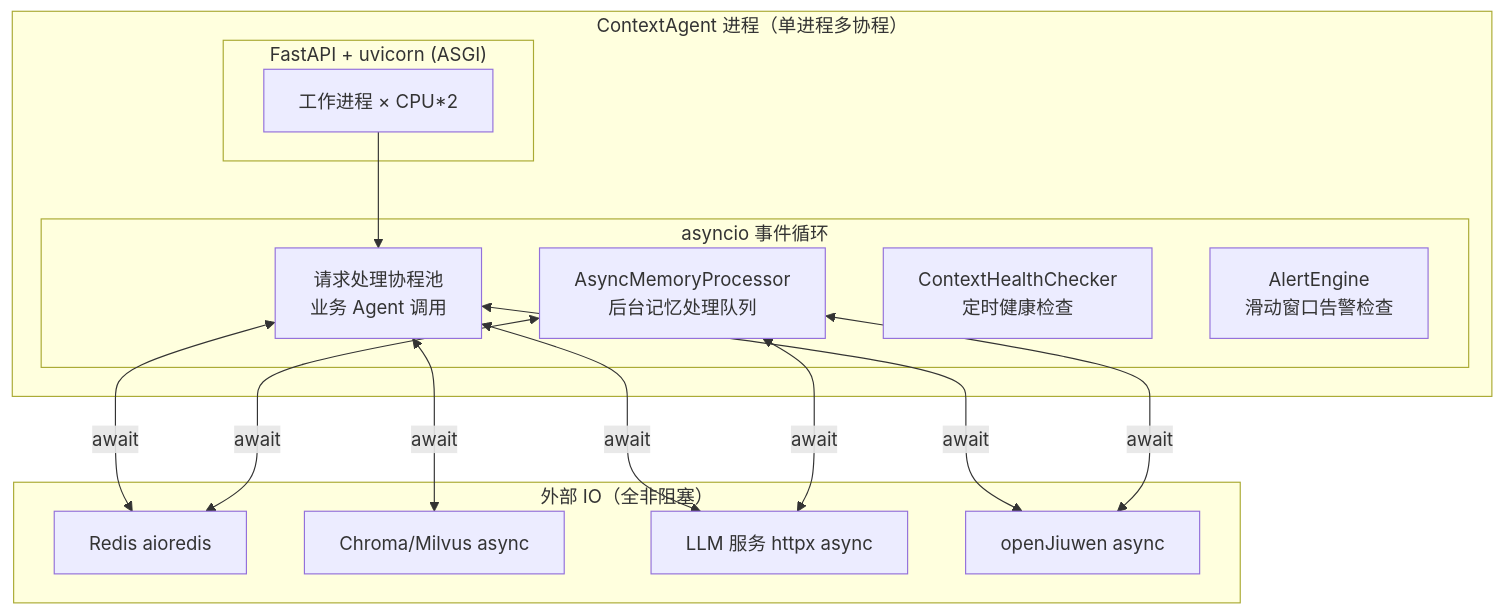
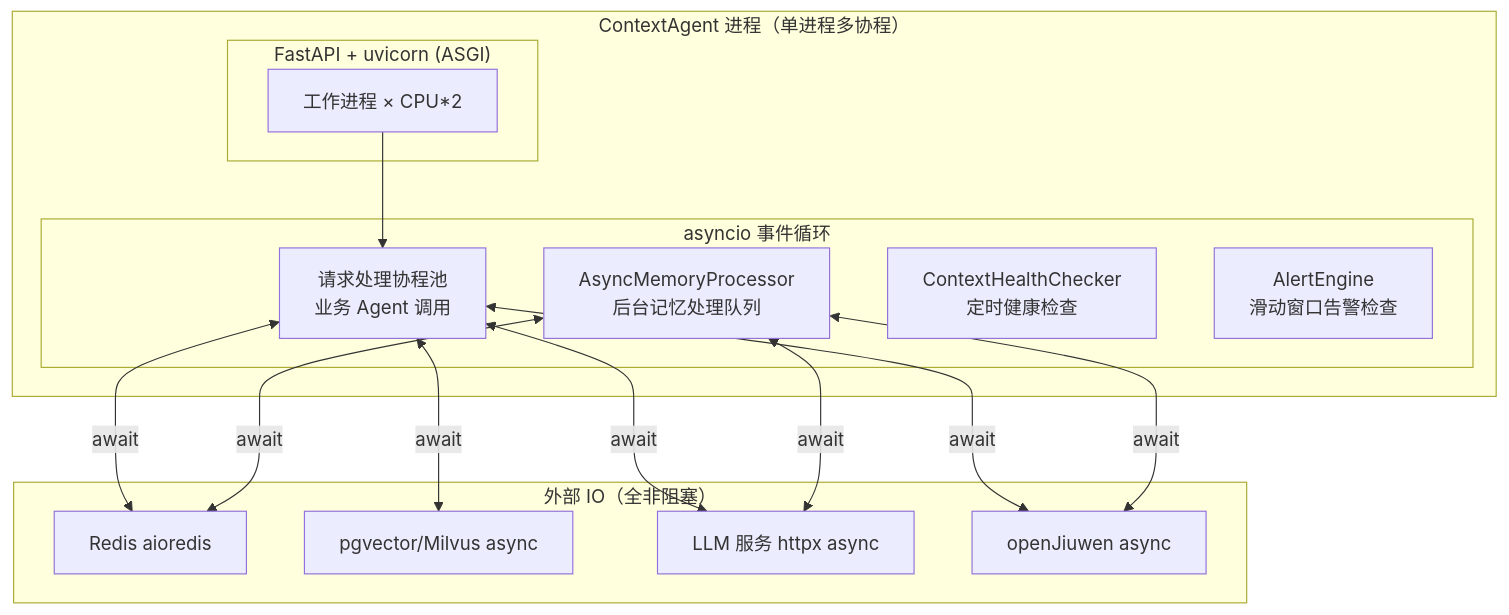
Diagram 13 of 16 in docs/architecture-design.md (DanielKernel/ContextAgent), drawn with Mermaid before and after one commit. The commit also changed other lines of this file and 15 other files, not shown here.

````diff
--- a/docs/architecture-design.md
+++ b/docs/architecture-design.md
@@ -908,26 +908,26 @@
 ```mermaid
 graph TB
     subgraph Process["ContextAgent 进程（单进程多协程）"]
         subgraph EventLoop["asyncio 事件循环"]
             ReqHandler[请求处理协程池<br/>业务 Agent 调用]
             BackgroundQueue[AsyncMemoryProcessor<br/>后台记忆处理队列]
             HealthTimer[ContextHealthChecker<br/>定时健康检查]
             AlertTimer[AlertEngine<br/>滑动窗口告警检查]
         end
 
         subgraph HTTPServer["FastAPI + uvicorn (ASGI)"]
             Workers[工作进程 × CPU*2]
         end
     end
 
     subgraph External["外部 IO（全非阻塞）"]
         Redis[Redis aioredis]
-        VecDB[Chroma/Milvus async]
+        VecDB[pgvector/Milvus async]
         LLMSvc[LLM 服务 httpx async]
         OJW[openJiuwen async]
     end
 
     ReqHandler <-->|await| Redis & VecDB & LLMSvc & OJW
     BackgroundQueue <-->|await| Redis & LLMSvc & OJW
     Workers --> ReqHandler
 ```
````
